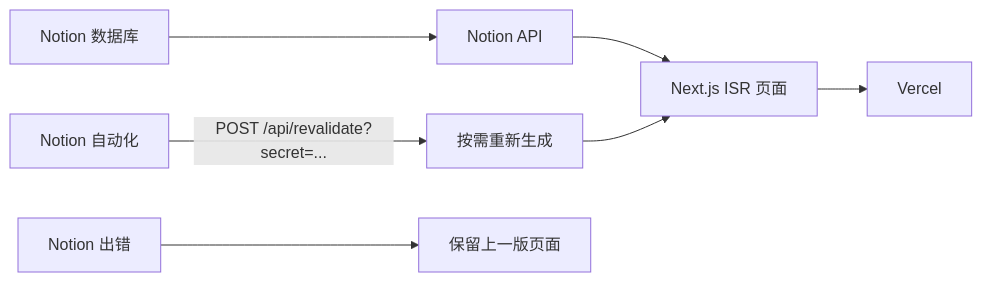
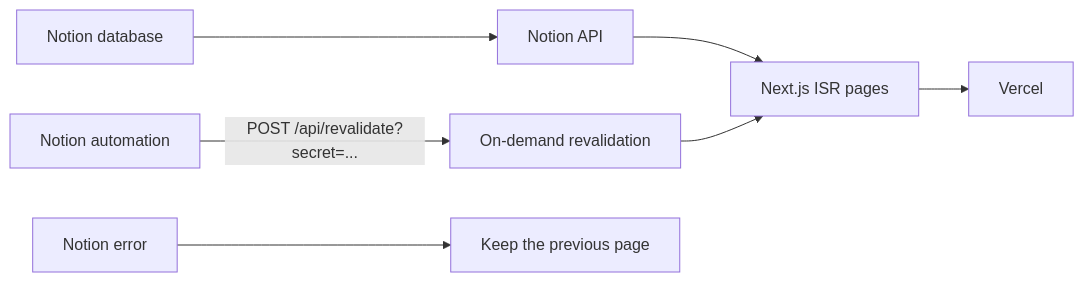
The diagram in README.md (Xuedixuedi/Xuedixuedi.github.io), drawn with Mermaid before and after one commit. The commit also changed other lines of this file and 2 other files, not shown here.

````diff
--- a/README.md
+++ b/README.md
@@ -16,9 +18,9 @@
 ```mermaid
 flowchart LR
-  DB["Notion 数据库"] --> API["Notion API"]
-  API --> ISR["Next.js ISR 页面"]
+  DB["Notion database"] --> API["Notion API"]
+  API --> ISR["Next.js ISR pages"]
   ISR --> Vercel["Vercel"]
-  Hook["Notion 自动化"] -->|"POST /api/revalidate?secret=..."| Rev["按需重新生成"]
+  Hook["Notion automation"] -->|"POST /api/revalidate?secret=..."| Rev["On-demand revalidation"]
   Rev --> ISR
-  Fail["Notion 出错"] --> Keep["保留上一版页面"]
+  Fail["Notion error"] --> Keep["Keep the previous page"]
 ```
````
